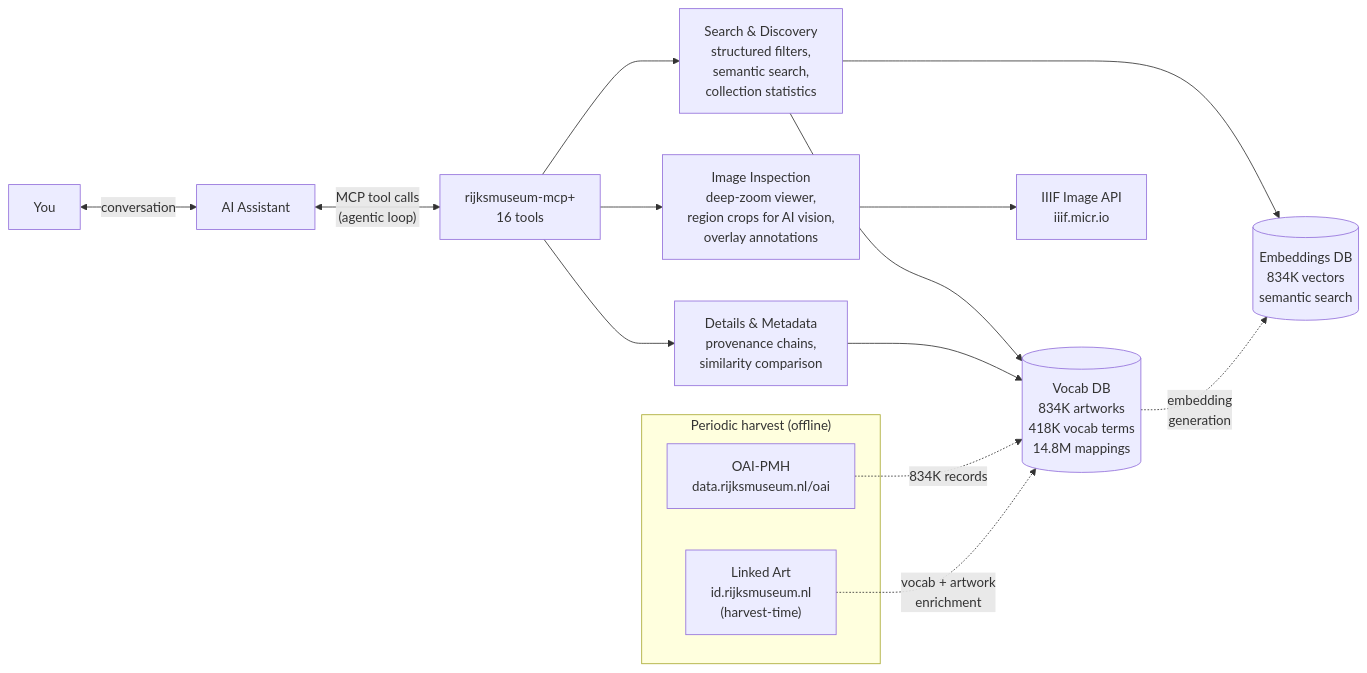
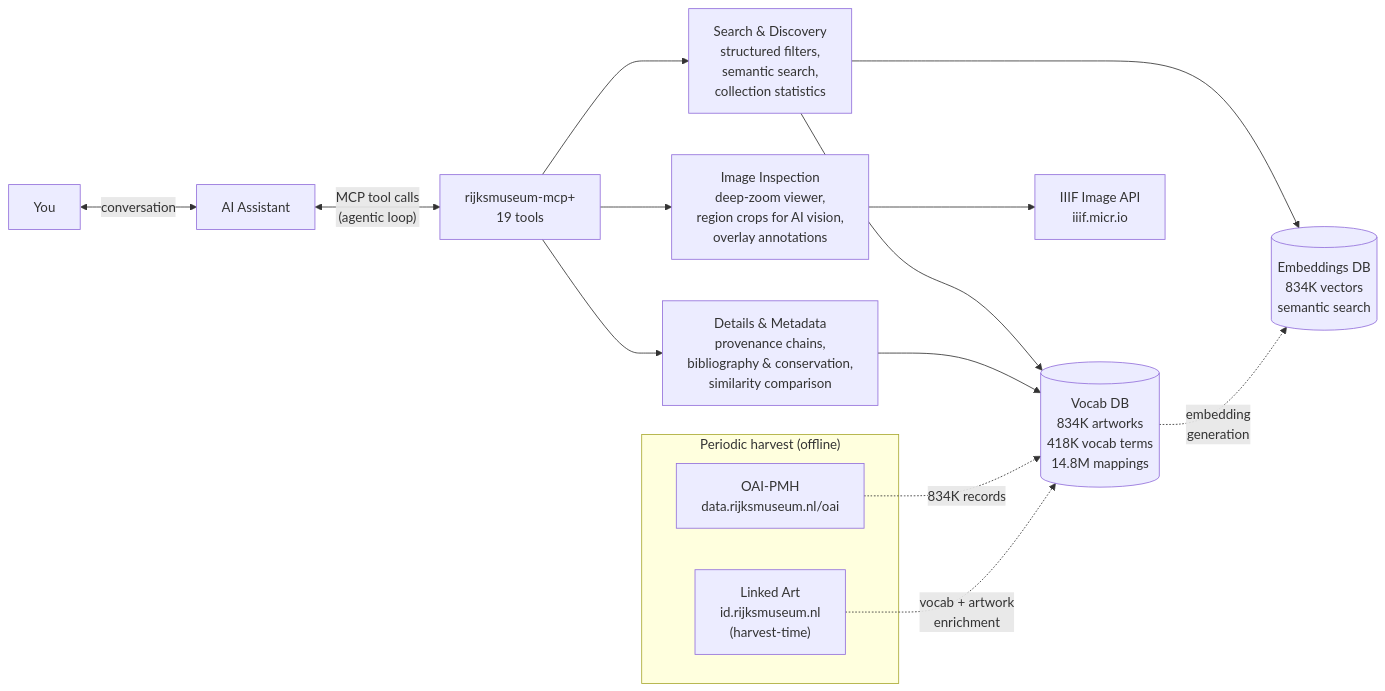
Before and after one commit to kintopp/rijksmuseum-mcp-plus: the diagram in README.md, drawn with Mermaid. The commit also changed other lines of this file and 8 other files, not shown here.

First line of the commit message:
docs: document conservation + bibliography tools; advertise in server instructions

````diff
--- a/README.md
+++ b/README.md
@@ -132,46 +140,47 @@
 ```mermaid
 flowchart LR
     User["You"] <-->|conversation| AI["AI Assistant"]
 
     AI <-->|"MCP tool calls
     (agentic loop)"| Server["rijksmuseum-mcp+
-    16 tools"]
+    19 tools"]
 
     Server --> Search["Search & Discovery
     structured filters,
     semantic search,
     collection statistics"]
 
     Server --> Details["Details & Metadata
     provenance chains,
+    bibliography & conservation,
     similarity comparison"]
 
     Server --> Images["Image Inspection
     deep-zoom viewer,
     region crops for AI vision,
     overlay annotations"]
 
     Search --> VocabDB[("Vocab DB
     834K artworks
     418K vocab terms
     14.8M mappings")]
     Search --> EmbeddingsDB[("Embeddings DB
     834K vectors
     semantic search")]
     Details --> VocabDB
     Images --> IIIF["IIIF Image API
     iiif.micr.io"]
 
     subgraph Harvest ["Periodic harvest (offline)"]
         OAI["OAI-PMH
         data.rijksmuseum.nl/oai"]
         LA["Linked Art
         id.rijksmuseum.nl
         (harvest-time)"]
     end
     OAI -.->|"834K records"| VocabDB
     LA -.->|"vocab + artwork
     enrichment"| VocabDB
     VocabDB -.->|"embedding
     generation"| EmbeddingsDB
 ```
````
